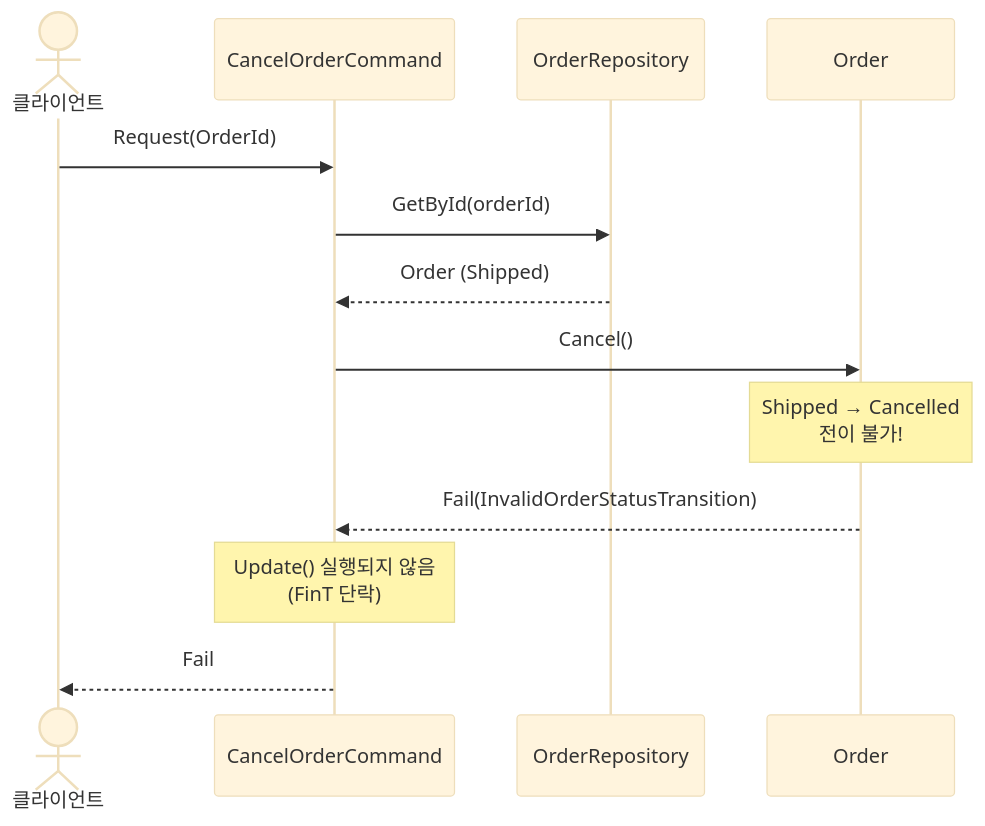
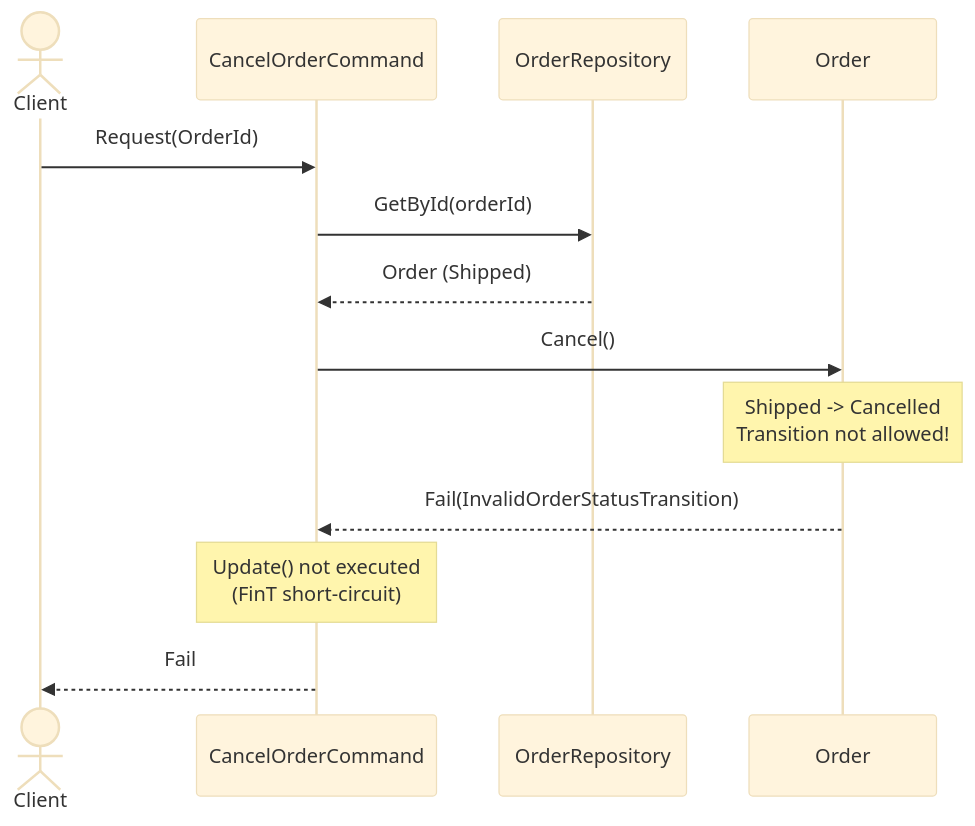
Before and after one commit to hhko/Functorium: the sixth of 7 diagrams in Docs.Site/src/content/docs/samples/ecommerce-ddd/application/03-implementation-results.md, drawn with Mermaid (base theme). The commit also changed other lines of this file, not shown here.

````diff
--- a/Docs.Site/src/content/docs/samples/ecommerce-ddd/application/03-implementation-results.md
+++ b/Docs.Site/src/content/docs/samples/ecommerce-ddd/application/03-implementation-results.md
@@ -808,16 +808,16 @@
 ```mermaid
 sequenceDiagram
-    actor Client as 클라이언트
+    actor Client as Client
     participant Cmd as CancelOrderCommand
     participant Repo as OrderRepository
     participant Order as Order
 
     Client->>Cmd: Request(OrderId)
     Cmd->>Repo: GetById(orderId)
     Repo-->>Cmd: Order (Shipped)
     Cmd->>Order: Cancel()
-    Note over Order: Shipped → Cancelled<br/>전이 불가!
+    Note over Order: Shipped -> Cancelled<br/>Transition not allowed!
     Order-->>Cmd: Fail(InvalidOrderStatusTransition)
-    Note over Cmd: Update() 실행되지 않음<br/>(FinT 단락)
+    Note over Cmd: Update() not executed<br/>(FinT short-circuit)
     Cmd-->>Client: Fail
 ```
````
